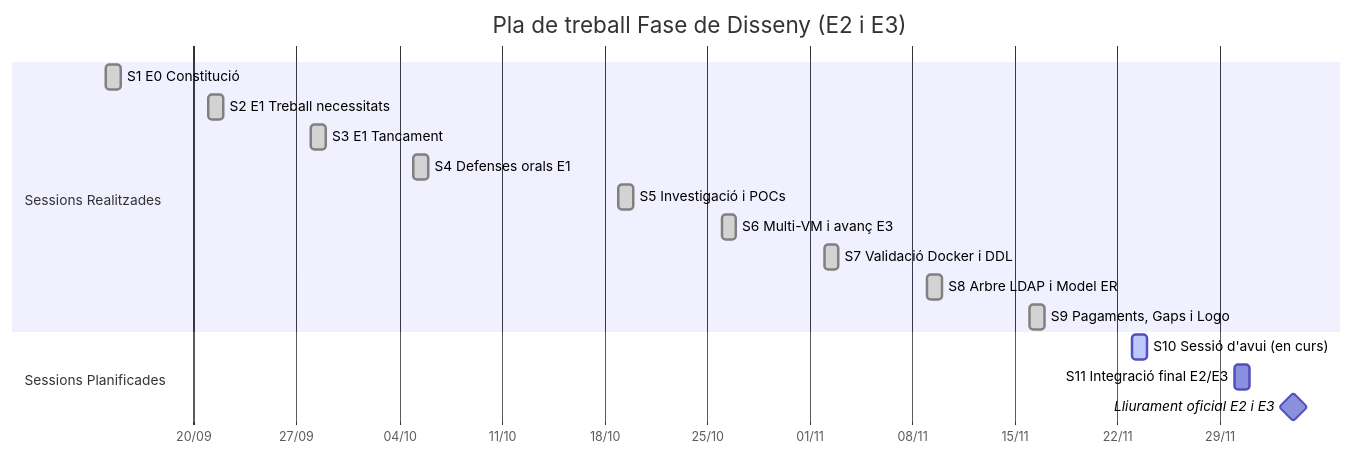
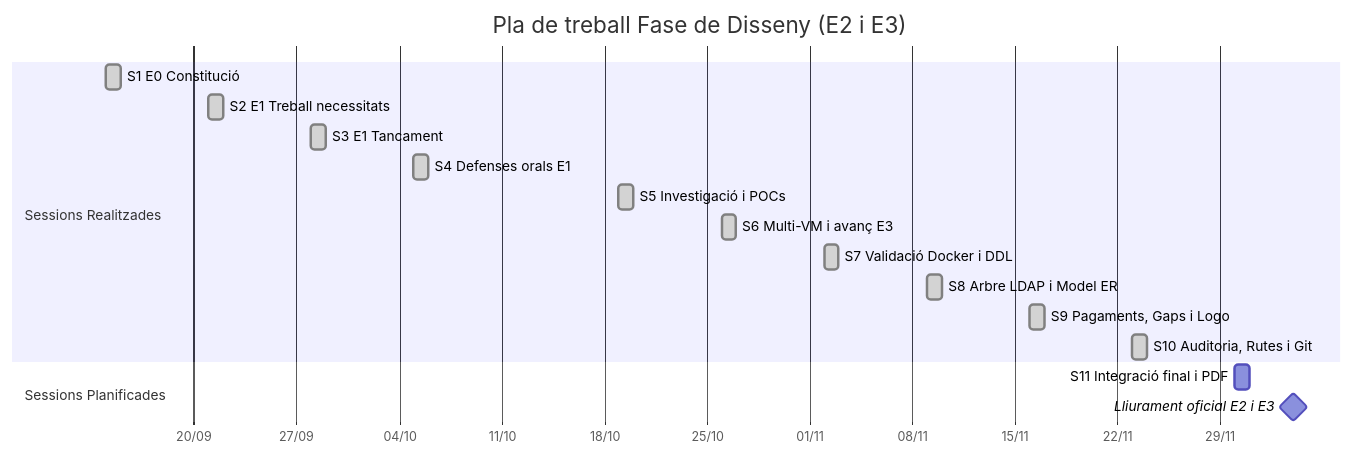
The diagram in docs/diari_treball/diari_treball.md (JoanGarcia25/avigest-projecte), drawn with Mermaid before and after one commit. The commit also changed other lines of this file and 6 other files, not shown here.

````diff
--- a/docs/diari_treball/diari_treball.md
+++ b/docs/diari_treball/diari_treball.md
@@ -216,20 +237,20 @@
 ```mermaid
 gantt
     title Pla de treball Fase de Disseny (E2 i E3)
     dateFormat  YYYY-MM-DD
     axisFormat  %d/%m
     section Sessions Realitzades
     S1 E0 Constitució        :done, 2026-09-14, 1d
     S2 E1 Treball necessitats :done, 2026-09-21, 1d
     S3 E1 Tancament           :done, 2026-09-28, 1d
     S4 Defenses orals E1      :done, 2026-10-05, 1d
     S5 Investigació i POCs    :done, 2026-10-19, 1d
     S6 Multi-VM i avanç E3    :done, 2026-10-26, 1d
     S7 Validació Docker i DDL :done, 2026-11-02, 1d
     S8 Arbre LDAP i Model ER  :done, 2026-11-09, 1d
     S9 Pagaments, Gaps i Logo :done, 2026-11-16, 1d
+    S10 Auditoria, Rutes i Git:done, 2026-11-23, 1d
     section Sessions Planificades
-    S10 Sessió d'avui (en curs)         :active, 2026-11-23, 1d
-    S11 Integració final E2/E3          :2026-11-30, 1d
-    Lliurament oficial E2 i E3          :milestone, 2026-12-04, 0d
+    S11 Integració final i PDF :2026-11-30, 1d
+    Lliurament oficial E2 i E3 :milestone, 2026-12-04, 0d
 ```
````
